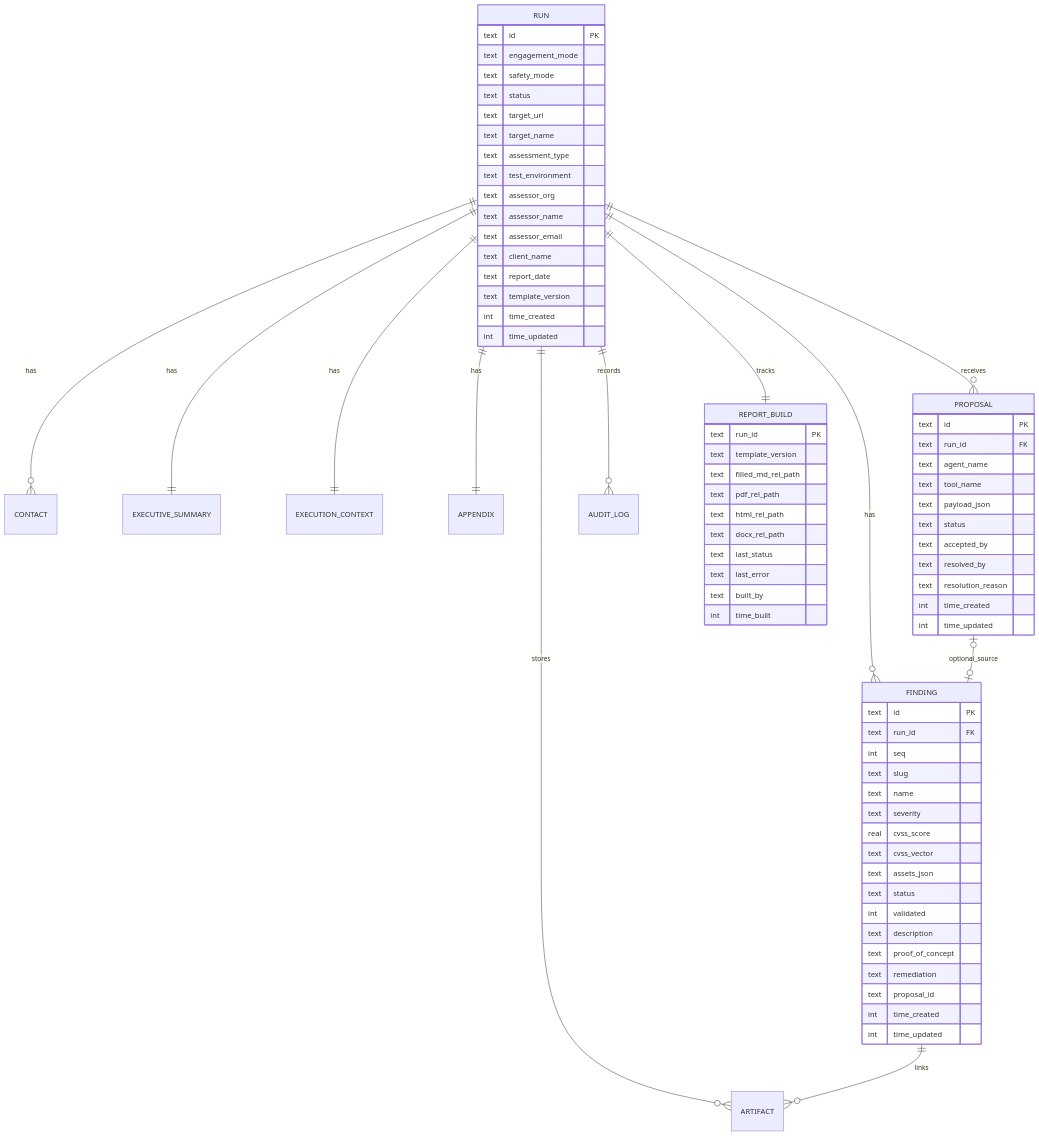
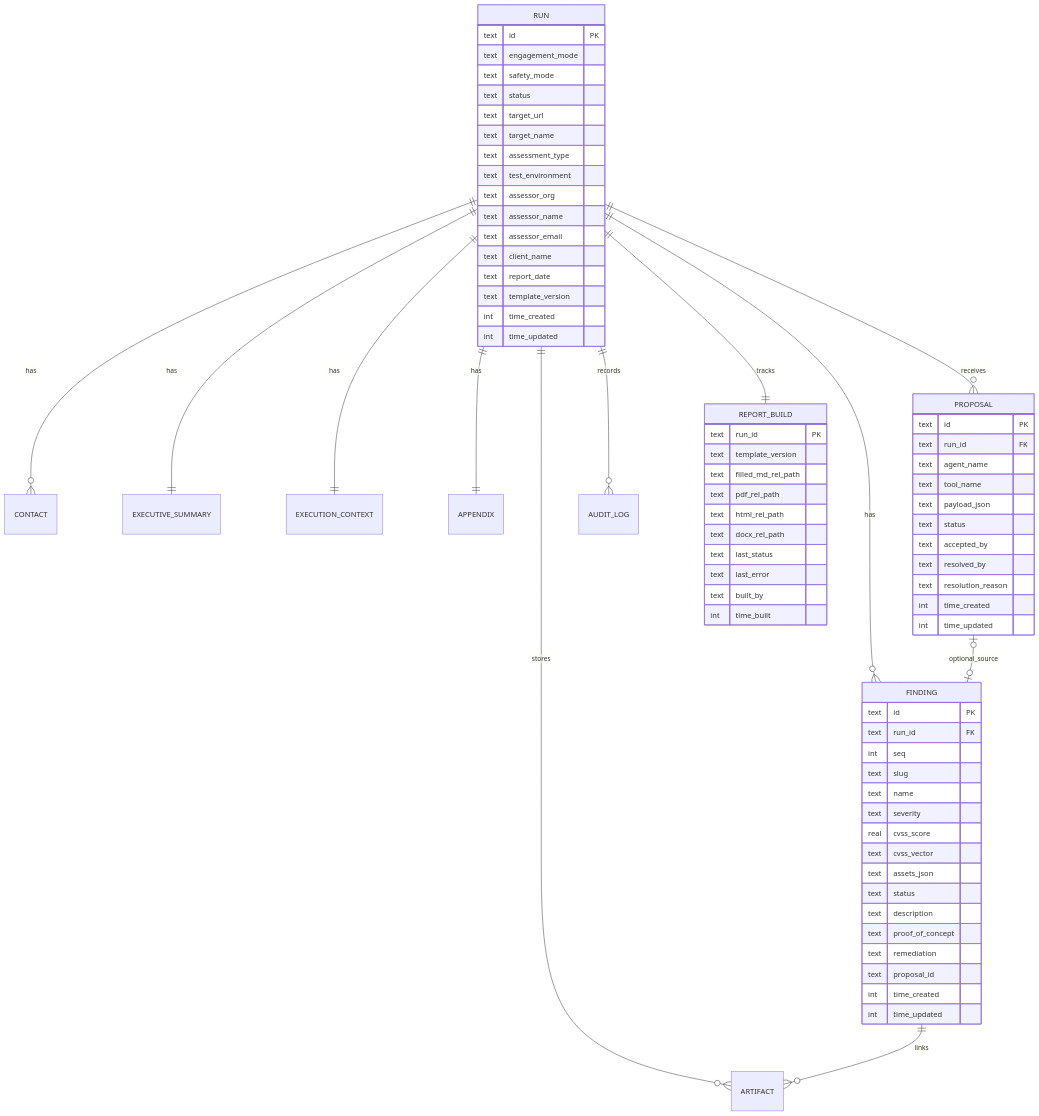
The second of 5 diagrams in features/database.md (mkdirtim/FERR), drawn with Mermaid before and after one commit. The commit also changed other lines of this file and 18 other files, not shown here.

````diff
--- a/features/database.md
+++ b/features/database.md
@@ -86,80 +91,79 @@
 ```mermaid
 erDiagram
     RUN ||--o{ CONTACT : has
     RUN ||--|| EXECUTIVE_SUMMARY : has
     RUN ||--|| EXECUTION_CONTEXT : has
     RUN ||--|| APPENDIX : has
     RUN ||--o{ FINDING : has
     RUN ||--o{ PROPOSAL : receives
     RUN ||--o{ ARTIFACT : stores
     RUN ||--o{ AUDIT_LOG : records
     RUN ||--|| REPORT_BUILD : tracks
     FINDING ||--o{ ARTIFACT : links
     PROPOSAL o|--o| FINDING : optional_source
 
     RUN {
       text id PK
       text engagement_mode
       text safety_mode
       text status
       text target_url
       text target_name
       text assessment_type
       text test_environment
       text assessor_org
       text assessor_name
       text assessor_email
       text client_name
       text report_date
       text template_version
       int time_created
       int time_updated
     }
 
     PROPOSAL {
       text id PK
       text run_id FK
       text agent_name
       text tool_name
       text payload_json
       text status
       text accepted_by
       text resolved_by
       text resolution_reason
       int time_created
       int time_updated
     }
 
     FINDING {
       text id PK
       text run_id FK
       int seq
       text slug
       text name
       text severity
       real cvss_score
       text cvss_vector
       text assets_json
       text status
-      int validated
       text description
       text proof_of_concept
       text remediation
       text proposal_id
       int time_created
       int time_updated
     }
 
     REPORT_BUILD {
       text run_id PK
       text template_version
       text filled_md_rel_path
       text pdf_rel_path
       text html_rel_path
       text docx_rel_path
       text last_status
       text last_error
       text built_by
       int time_built
     }
 ```
````
